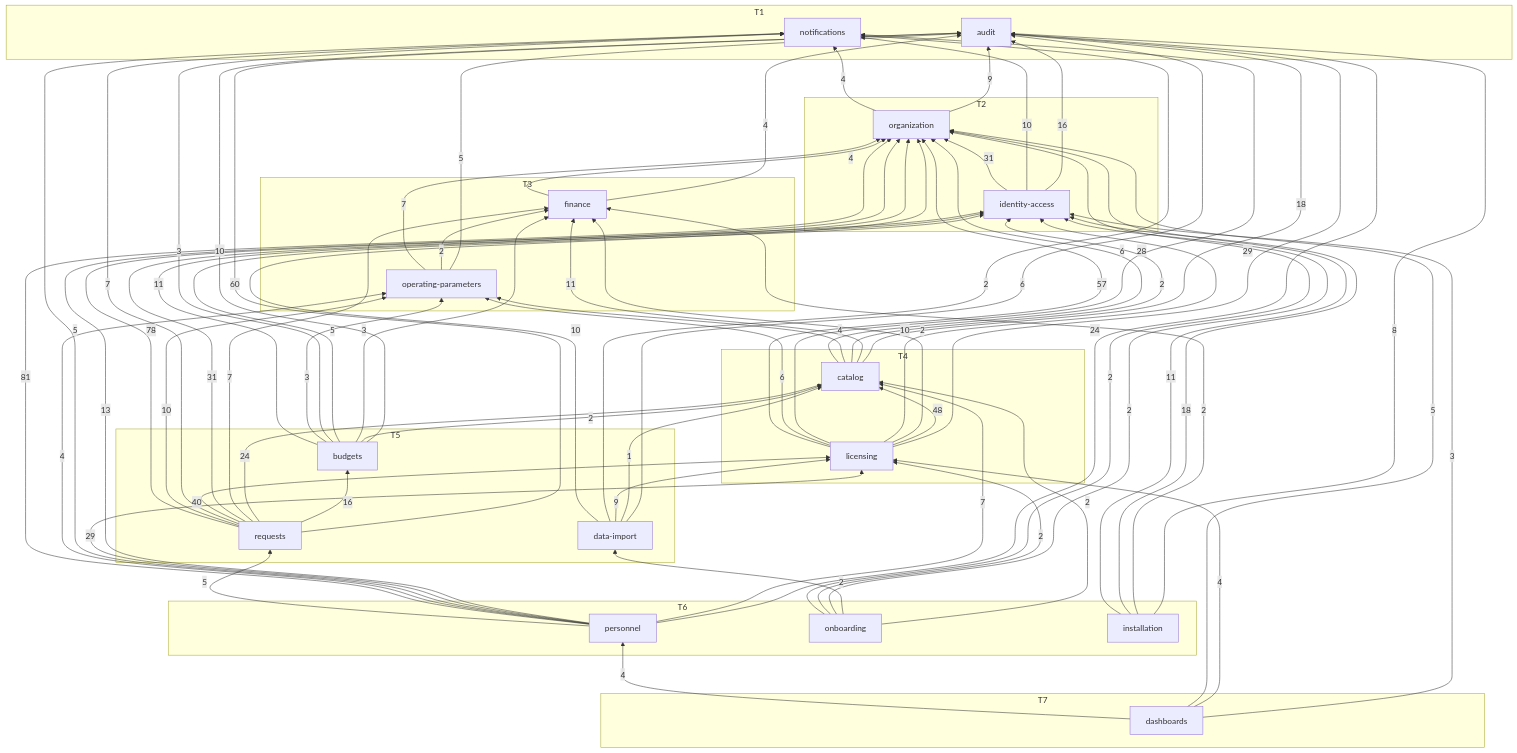
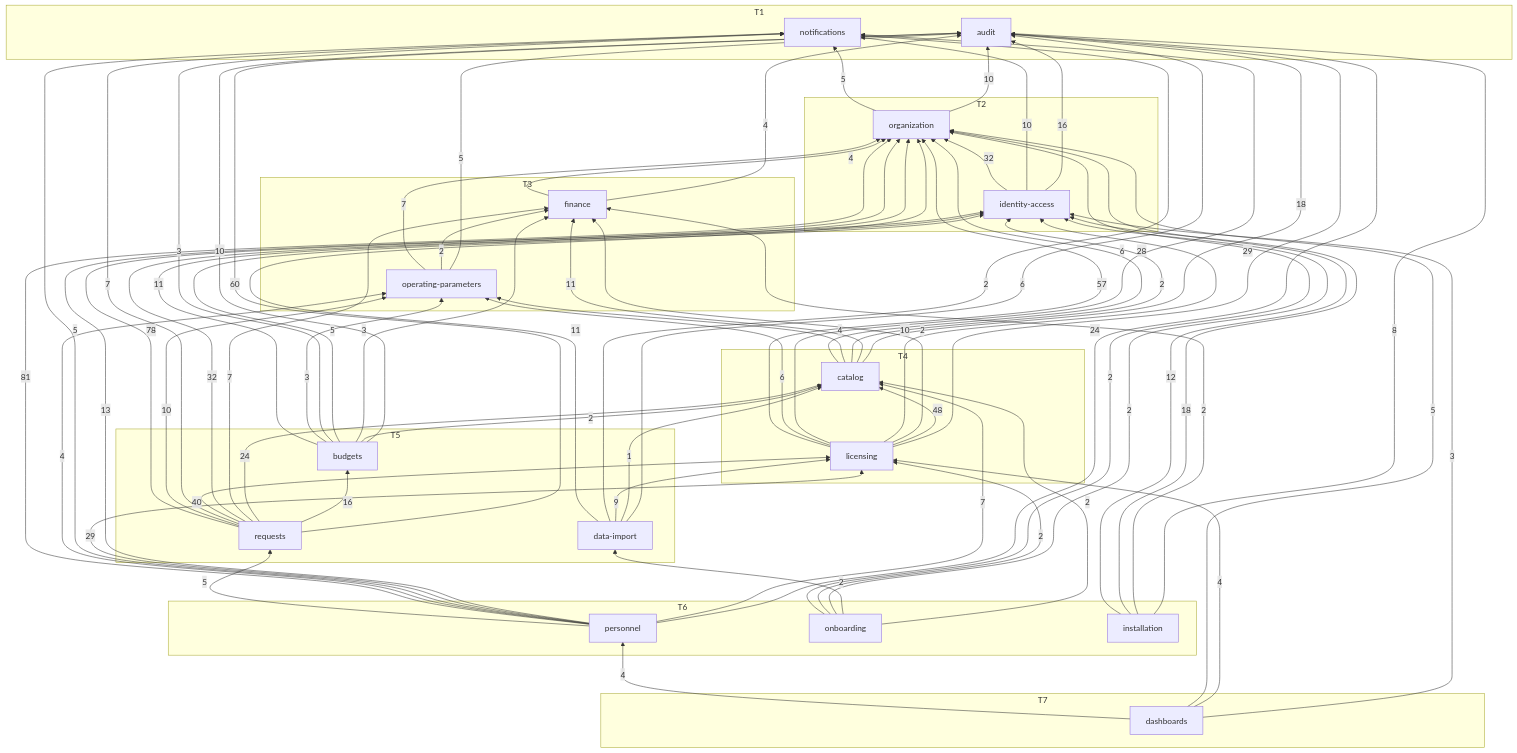
Before and after one commit to SEP490-FALL2026/BE-dev: the diagram in docs/generated/module-graph.md, drawn with Mermaid.

Commit message:
docs/generated: module graph with the bootstrap reading the organization code policy

```diff
--- a/docs/generated/module-graph.md
+++ b/docs/generated/module-graph.md
@@ -54,16 +54,16 @@
   data_import -->|1| catalog
   data_import -->|9| licensing
   data_import -->|2| notifications
-  data_import -->|10| organization
+  data_import -->|11| organization
   finance -->|4| audit
   finance -->|4| organization
   identity_access -->|16| audit
   identity_access -->|10| notifications
-  identity_access -->|31| organization
+  identity_access -->|32| organization
   installation -->|8| audit
   installation -->|2| finance
   installation -->|18| identity_access
-  installation -->|11| organization
+  installation -->|12| organization
   licensing -->|29| audit
   licensing -->|48| catalog
   licensing -->|2| finance
@@ -79,8 +79,8 @@
   operating_parameters -->|5| audit
   operating_parameters -->|2| finance
   operating_parameters -->|7| organization
-  organization -->|9| audit
-  organization -->|4| notifications
+  organization -->|10| audit
+  organization -->|5| notifications
   personnel -->|24| audit
   personnel -->|7| catalog
   personnel -->|13| identity_access
@@ -93,7 +93,7 @@
   requests -->|16| budgets
   requests -->|24| catalog
   requests -->|7| finance
-  requests -->|31| identity_access
+  requests -->|32| identity_access
   requests -->|40| licensing
   requests -->|7| notifications
   requests -->|10| operating_parameters
```
